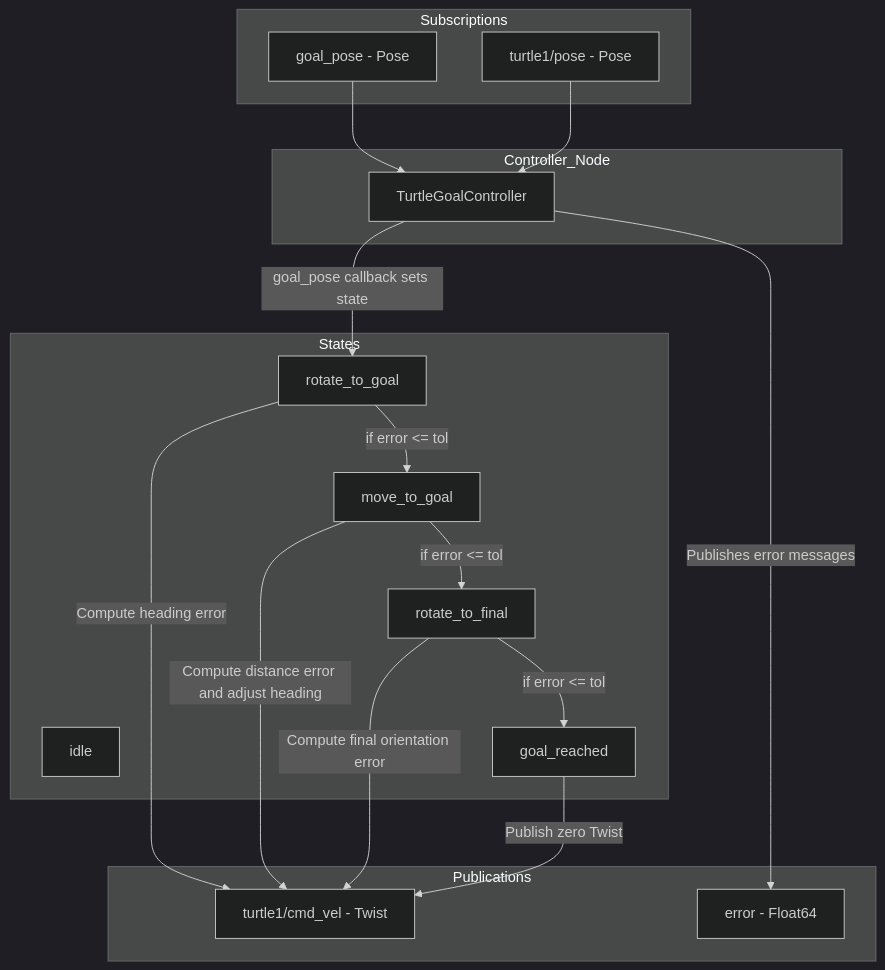
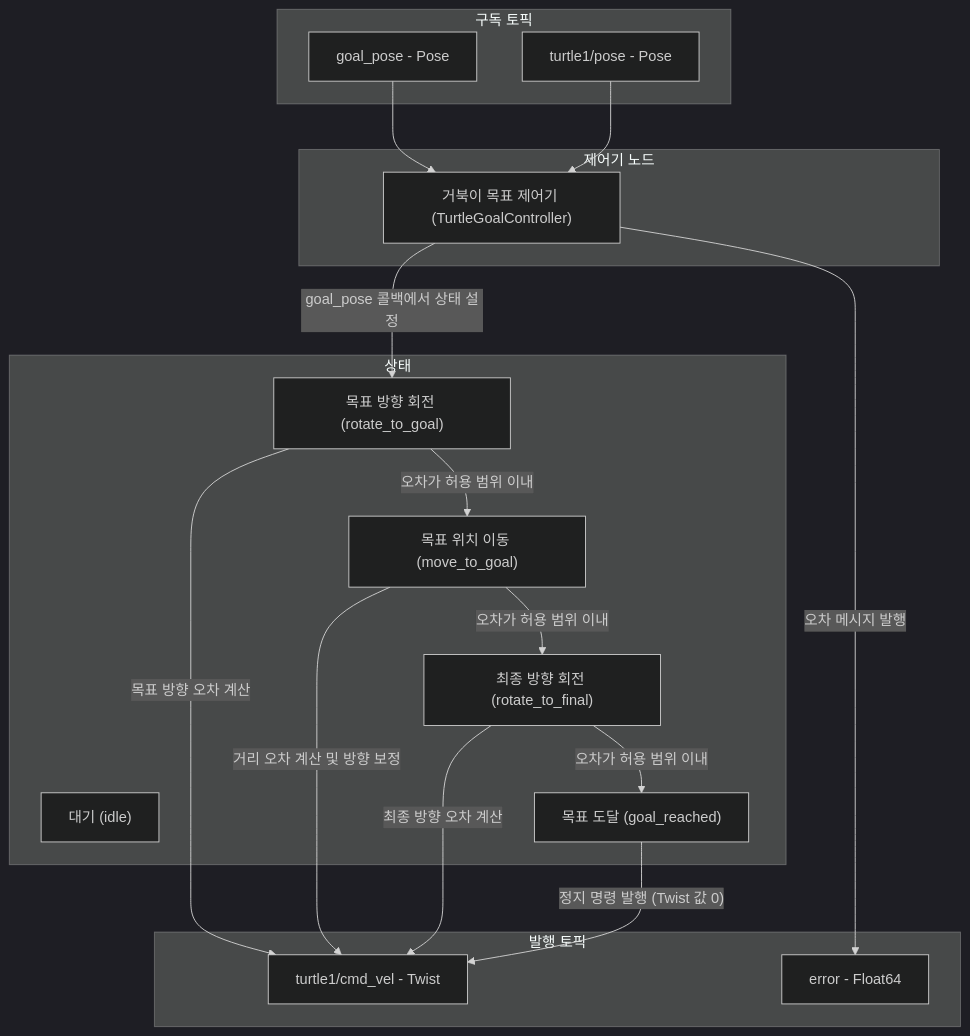
One commit to slihump/ros2_lecture changed the diagram in ubuntu_practice/ros2_ws/src/controller_tutorials/UML/state_diagram_move_turtle.mermaid. Above: the diagram before and after it, drawn with Mermaid (dark theme). The commit also changed 7 other files, not shown here.

```diff
--- a/ubuntu_practice/ros2_ws/src/controller_tutorials/UML/state_diagram_move_turtle.mermaid
+++ b/ubuntu_practice/ros2_ws/src/controller_tutorials/UML/state_diagram_move_turtle.mermaid
@@ -1,45 +1,45 @@
 flowchart TD
-  %% 구독하는 토픽들 (Subscriptions)
-  subgraph Subscriptions
+  %% 구독하는 토픽들
+  subgraph Subscriptions[구독 토픽]
     A[goal_pose - Pose]
     B[turtle1/pose - Pose]
   end
 
-  %% 컨트롤러 노드 (Controller Node)
-  subgraph Controller_Node
-    C[TurtleGoalController]
+  %% 컨트롤러 노드
+  subgraph Controller_Node[제어기 노드]
+    C["거북이 목표 제어기 (TurtleGoalController)"]
   end
 
-  %% 상태 (States)
-  subgraph States
-    D[idle]
-    E[rotate_to_goal]
-    F[move_to_goal]
-    G[rotate_to_final]
-    H[goal_reached]
+  %% 상태
+  subgraph States[상태]
+    D["대기 (idle)"]
+    E["목표 방향 회전 (rotate_to_goal)"]
+    F["목표 위치 이동 (move_to_goal)"]
+    G["최종 방향 회전 (rotate_to_final)"]
+    H["목표 도달 (goal_reached)"]
   end
 
-  %% 발행하는 토픽들 (Publications)
-  subgraph Publications
+  %% 발행하는 토픽들
+  subgraph Publications[발행 토픽]
     I[turtle1/cmd_vel - Twist]
     J[error - Float64]
   end
 
-  %% 데이터 흐름 (Data Flow)
+  %% 데이터 흐름
   A --> C
   B --> C
   
-  C -->|goal_pose callback sets state| E
+  C -->|goal_pose 콜백에서 상태 설정| E
   
-  E -->|Compute heading error| I
-  E --if error <= tol--> F
+  E -->|목표 방향 오차 계산| I
+  E --오차가 허용 범위 이내--> F
   
-  F -->|Compute distance error and adjust heading| I
-  F --if error <= tol--> G
+  F -->|거리 오차 계산 및 방향 보정| I
+  F --오차가 허용 범위 이내--> G
   
-  G -->|Compute final orientation error| I
-  G --if error <= tol--> H
+  G -->|최종 방향 오차 계산| I
+  G --오차가 허용 범위 이내--> H
   
-  H -->|Publish zero Twist| I
+  H -->|"정지 명령 발행 (Twist 값 0)"| I
   
-  C -->|Publishes error messages| J
+  C -->|오차 메시지 발행| J
```
